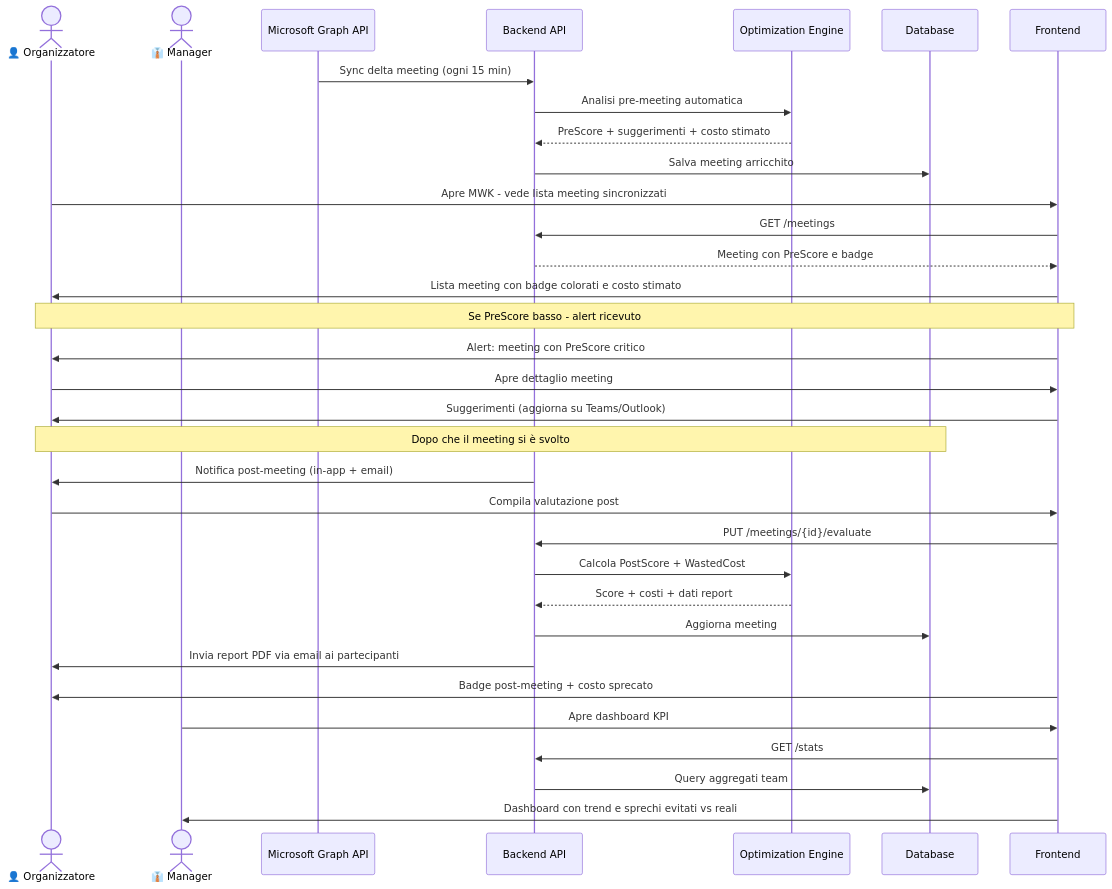
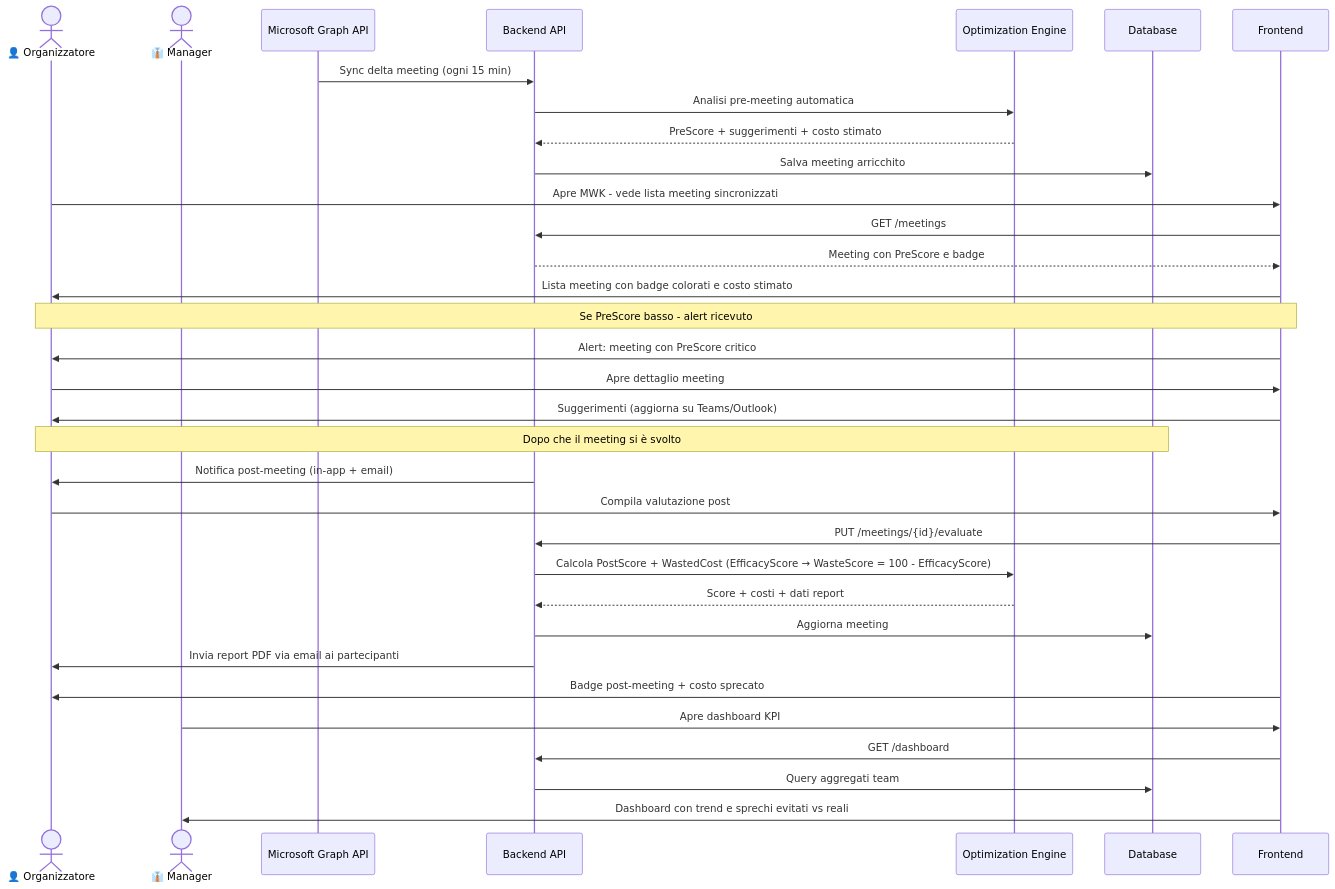
Before and after one commit to martinabruniagic/Internal.TeamBuilding2026.MeetingWasteKiller: the sixth of 6 diagrams in docs/specifications/01_Analisi_Funzionale.md, drawn with Mermaid. The commit also changed other lines of this file, not shown here.

````diff
--- a/docs/specifications/01_Analisi_Funzionale.md
+++ b/docs/specifications/01_Analisi_Funzionale.md
@@ -633,40 +651,40 @@
 ```mermaid
 sequenceDiagram
   actor U as 👤 Organizzatore
   actor M as 👔 Manager
   participant GRAPH as Microsoft Graph API
   participant API as Backend API
   participant ENG as Optimization Engine
   participant DB as Database
   participant FE as Frontend
 
   GRAPH->>API: Sync delta meeting (ogni 15 min)
   API->>ENG: Analisi pre-meeting automatica
   ENG-->>API: PreScore + suggerimenti + costo stimato
   API->>DB: Salva meeting arricchito
 
   U->>FE: Apre MWK - vede lista meeting sincronizzati
   FE->>API: GET /meetings
   API-->>FE: Meeting con PreScore e badge
   FE->>U: Lista meeting con badge colorati e costo stimato
 
   Note over U,FE: Se PreScore basso - alert ricevuto
   FE->>U: Alert: meeting con PreScore critico
   U->>FE: Apre dettaglio meeting
   FE->>U: Suggerimenti (aggiorna su Teams/Outlook)
 
   Note over U,DB: Dopo che il meeting si è svolto
   API->>U: Notifica post-meeting (in-app + email)
   U->>FE: Compila valutazione post
   FE->>API: PUT /meetings/{id}/evaluate
-  API->>ENG: Calcola PostScore + WastedCost
+  API->>ENG: Calcola PostScore + WastedCost (EfficacyScore → WasteScore = 100 - EfficacyScore)
   ENG-->>API: Score + costi + dati report
   API->>DB: Aggiorna meeting
   API->>U: Invia report PDF via email ai partecipanti
   FE->>U: Badge post-meeting + costo sprecato
 
   M->>FE: Apre dashboard KPI
-  FE->>API: GET /stats
+  FE->>API: GET /dashboard
   API->>DB: Query aggregati team
   FE->>M: Dashboard con trend e sprechi evitati vs reali
 ```
````
